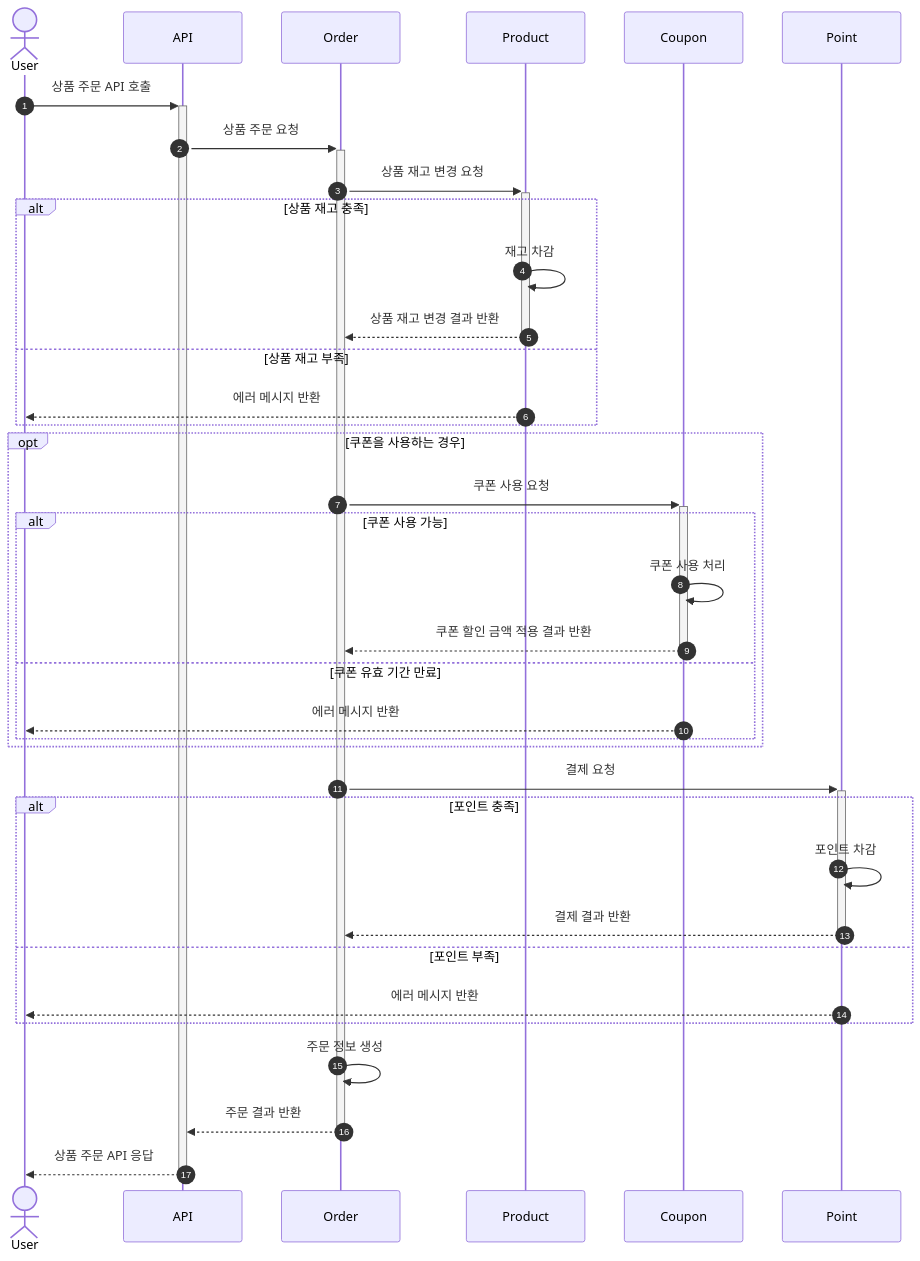
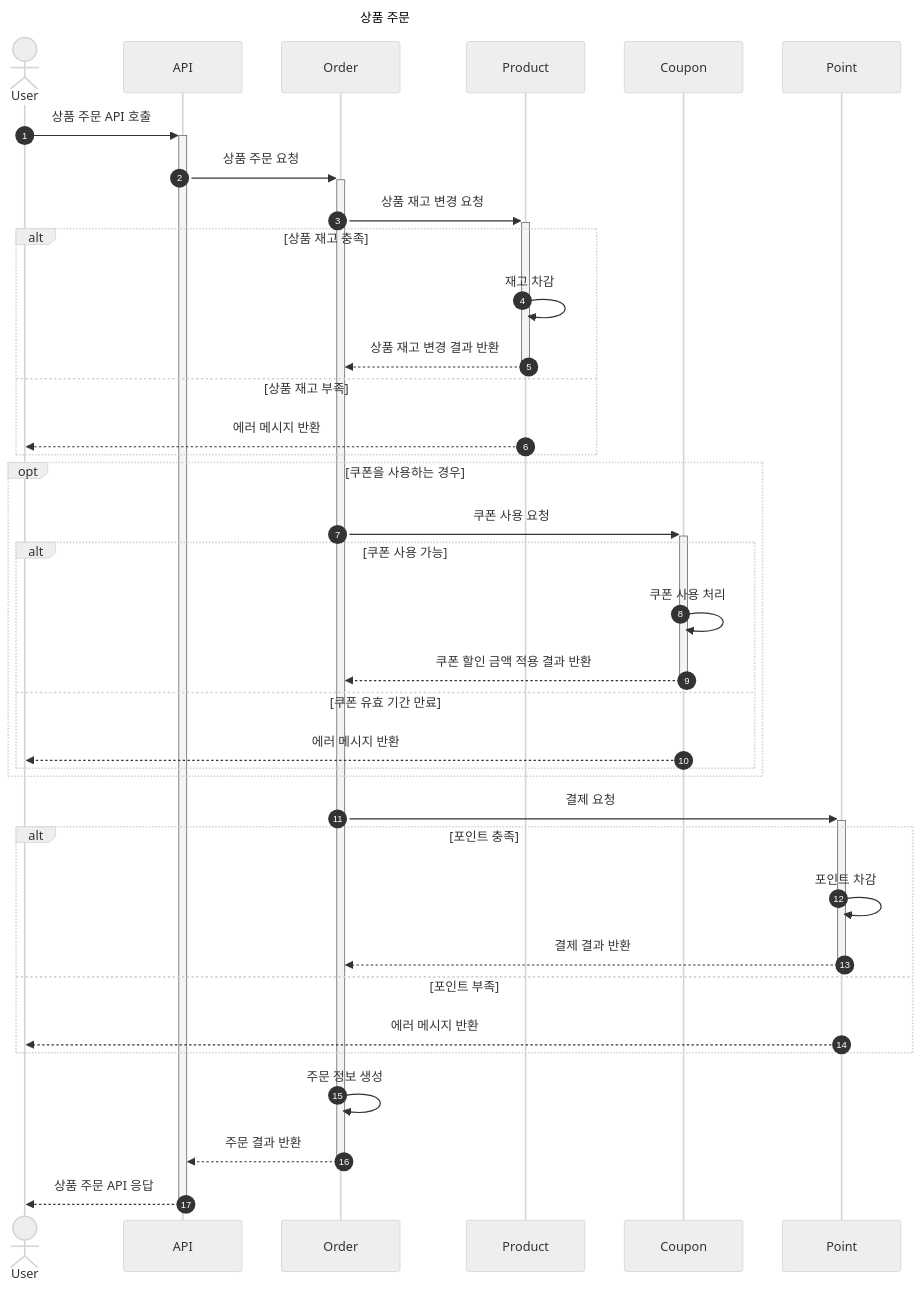
Before and after one commit to god3v/e-commerce: the diagram in docs/01_Requirement_Analysis.md, drawn with Mermaid.

Commit message:
docs: 상품 주문 시퀀스다이어그램 수정 #3

````diff
--- a/docs/01_Requirement_Analysis.md
+++ b/docs/01_Requirement_Analysis.md
@@ -39,44 +39,49 @@
 ```mermaid
+---
+title: 상품 주문
+config:
+    theme: neutral
+---
 sequenceDiagram
 	autonumber
 	
 	actor User
     participant API
     participant Order
     participant Product
     participant Coupon
     participant Point
 
 	User ->> +API: 상품 주문 API 호출
     API ->> +Order: 상품 주문 요청
     Order ->> +Product: 상품 재고 변경 요청
 
     alt 상품 재고 충족
         Product ->> Product: 재고 차감
         Product -->> -Order: 상품 재고 변경 결과 반환
     else 상품 재고 부족
         Product -->> User: 에러 메시지 반환
     end
 
     opt 쿠폰을 사용하는 경우
     Order ->> +Coupon: 쿠폰 사용 요청
         alt 쿠폰 사용 가능
             Coupon ->> Coupon: 쿠폰 사용 처리
             Coupon -->> -Order: 쿠폰 할인 금액 적용 결과 반환
         else 쿠폰 유효 기간 만료
             Coupon -->> User: 에러 메시지 반환
         end
     end
 
     Order ->> +Point: 결제 요청
     alt 포인트 충족
         Point ->> Point: 포인트 차감
         Point -->> -Order: 결제 결과 반환
     else 포인트 부족
         Point -->> User: 에러 메시지 반환
     end
     
     Order ->> Order: 주문 정보 생성
     Order -->> -API: 주문 결과 반환
     API -->> -User: 상품 주문 API 응답
 ```
````
